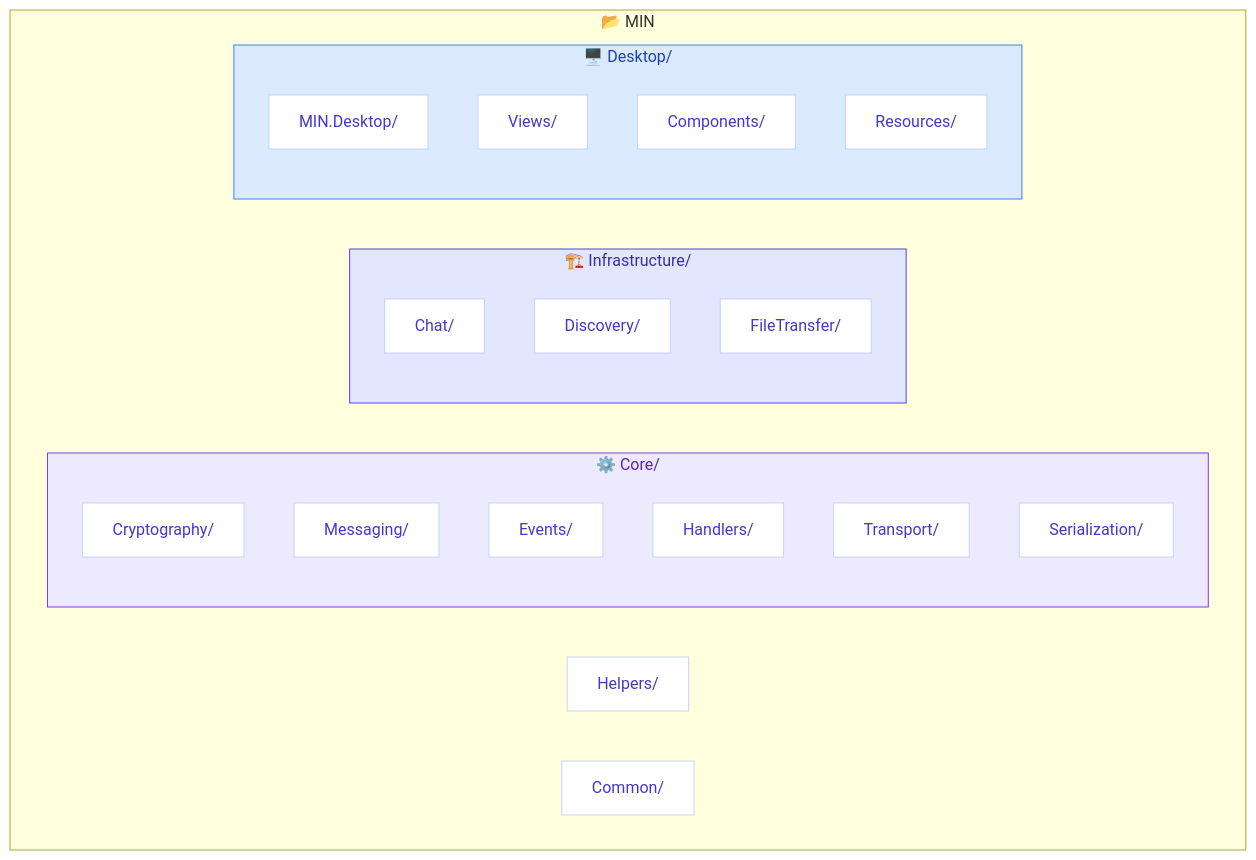
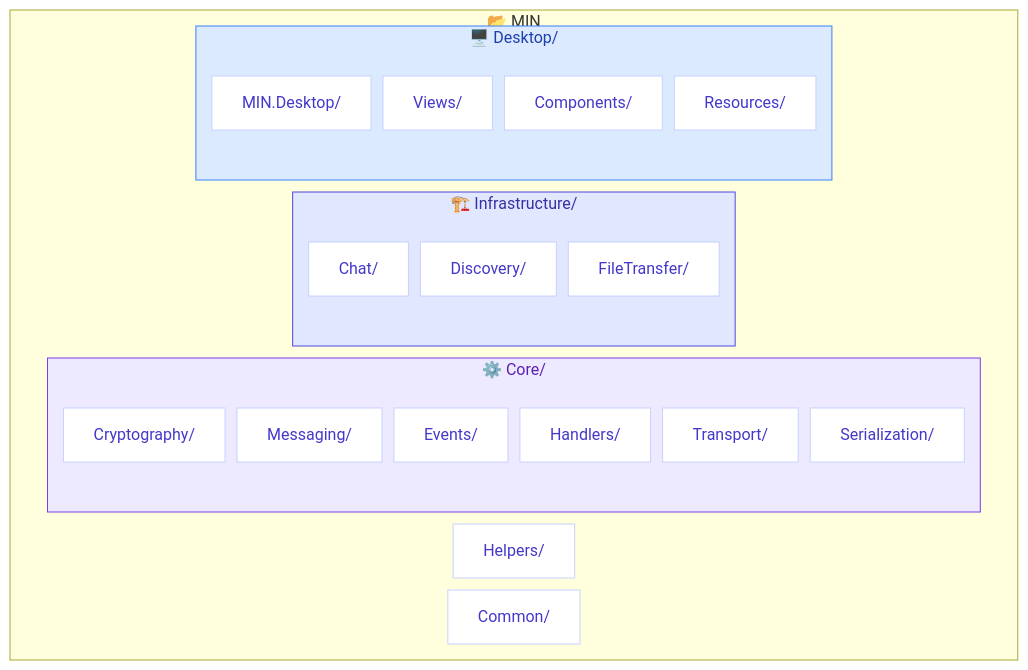
One commit to CasCadeVR/MIN changed the second of 3 diagrams in README.md. Above: the diagram before and after it, drawn with Mermaid. The commit also changed other lines of this file, not shown here.

````diff
--- a/README.md
+++ b/README.md
@@ -170,37 +171,38 @@
 ```mermaid
 flowchart TB
+    %%{init: {'flowchart': {'nodeSpacing': 12}}}%%
     classDef coreFolder fill:#ede9fe,stroke:#7c3aed,color:#5b21b6
     classDef infraFolder fill:#e0e7ff,stroke:#4f46e5,color:#3730a3
     classDef deskFolder fill:#dbeafe,stroke:#3b82f6,color:#1e40af
     classDef folder fill:#f5f3ff,stroke:#c7c2ea,color:#312e81
     classDef file fill:#fff,stroke:#c7d2fe,color:#4338ca
     
     subgraph MIN["📂 MIN"]
         subgraph CORE["⚙️ Core/"]
             G["Cryptography/"]
             H["Messaging/"]
             I["Events/"]
             J["Handlers/"]
             K["Transport/"]
             L["Serialization/"]
         end
         subgraph INF["🏗️ Infrastructure/"]
             M["Chat/"]
             N["Discovery/"]
             O["FileTransfer/"]
         end
         subgraph DESK["🖥️ Desktop/"]
             P["MIN.Desktop/"]
             Q["Views/"]
             R["Components/"]
             S["Resources/"]
         end
         T["Helpers/"]
         U["Common/"]
     end
     
     class CORE coreFolder
     class INF infraFolder
     class DESK deskFolder
     class G,H,I,J,K,L,M,N,O,P,Q,R,S,T,U file
 ```
````
